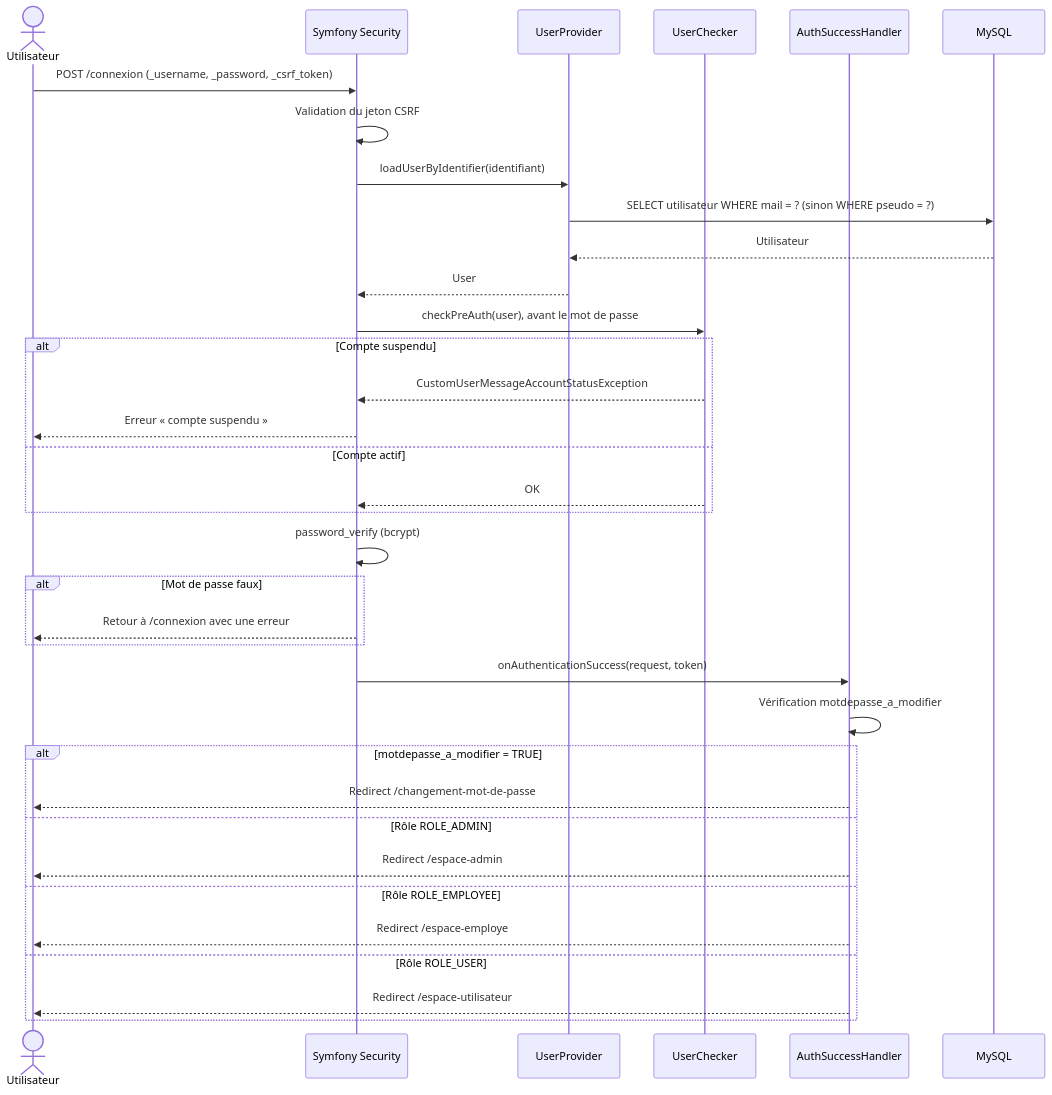
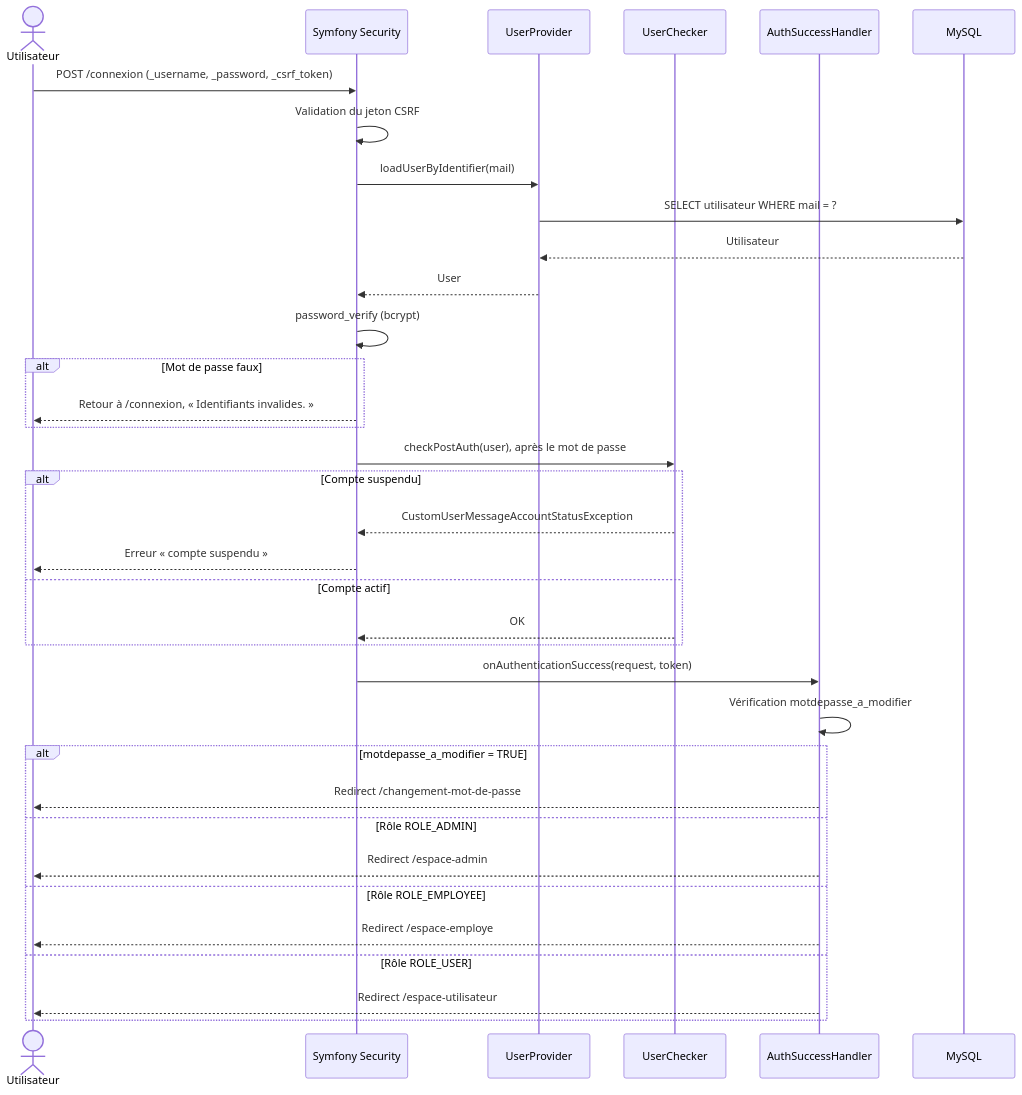
Before and after one commit to StG3rm4in/fantasy_realm: the fourth of 5 diagrams in docs/documentation-technique.md, drawn with Mermaid. The commit also changed other lines of this file and 5 other files, not shown here.

````diff
--- a/docs/documentation-technique.md
+++ b/docs/documentation-technique.md
@@ -272,42 +272,42 @@
 ```mermaid
 sequenceDiagram
     actor Utilisateur
     participant Symfony Security
     participant UserProvider
     participant UserChecker
     participant AuthSuccessHandler
     participant MySQL
 
     Utilisateur->>Symfony Security: POST /connexion (_username, _password, _csrf_token)
     Symfony Security->>Symfony Security: Validation du jeton CSRF
-    Symfony Security->>UserProvider: loadUserByIdentifier(identifiant)
-    UserProvider->>MySQL: SELECT utilisateur WHERE mail = ? (sinon WHERE pseudo = ?)
+    Symfony Security->>UserProvider: loadUserByIdentifier(mail)
+    UserProvider->>MySQL: SELECT utilisateur WHERE mail = ?
     MySQL-->>UserProvider: Utilisateur
     UserProvider-->>Symfony Security: User
 
-    Symfony Security->>UserChecker: checkPreAuth(user), avant le mot de passe
+    Symfony Security->>Symfony Security: password_verify (bcrypt)
+    alt Mot de passe faux
+        Symfony Security-->>Utilisateur: Retour à /connexion, « Identifiants invalides. »
+    end
+
+    Symfony Security->>UserChecker: checkPostAuth(user), après le mot de passe
     alt Compte suspendu
         UserChecker-->>Symfony Security: CustomUserMessageAccountStatusException
         Symfony Security-->>Utilisateur: Erreur « compte suspendu »
     else Compte actif
         UserChecker-->>Symfony Security: OK
-    end
-
-    Symfony Security->>Symfony Security: password_verify (bcrypt)
-    alt Mot de passe faux
-        Symfony Security-->>Utilisateur: Retour à /connexion avec une erreur
     end
 
     Symfony Security->>AuthSuccessHandler: onAuthenticationSuccess(request, token)
     AuthSuccessHandler->>AuthSuccessHandler: Vérification motdepasse_a_modifier
 
     alt motdepasse_a_modifier = TRUE
         AuthSuccessHandler-->>Utilisateur: Redirect /changement-mot-de-passe
     else Rôle ROLE_ADMIN
         AuthSuccessHandler-->>Utilisateur: Redirect /espace-admin
     else Rôle ROLE_EMPLOYEE
         AuthSuccessHandler-->>Utilisateur: Redirect /espace-employe
     else Rôle ROLE_USER
         AuthSuccessHandler-->>Utilisateur: Redirect /espace-utilisateur
     end
 ```
````
